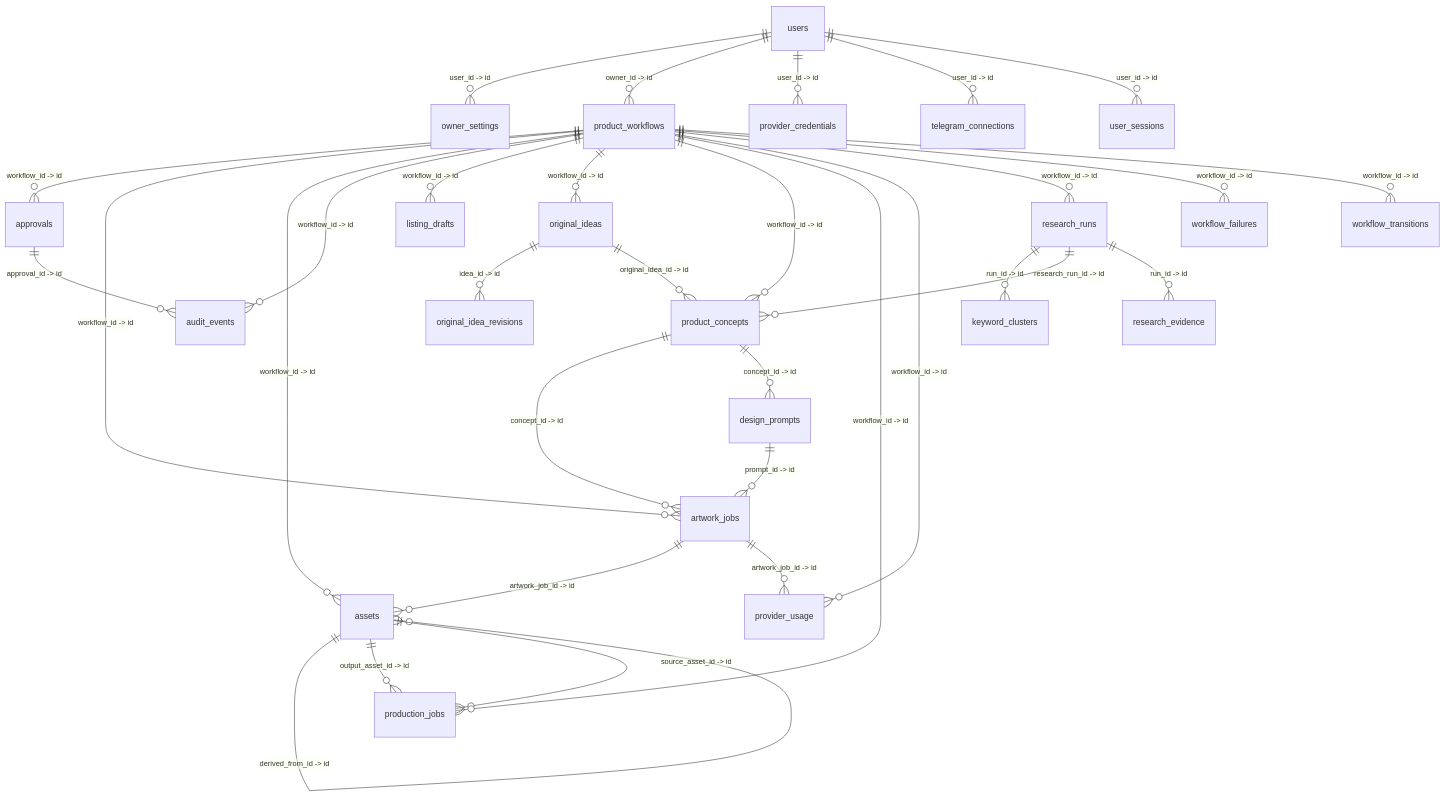
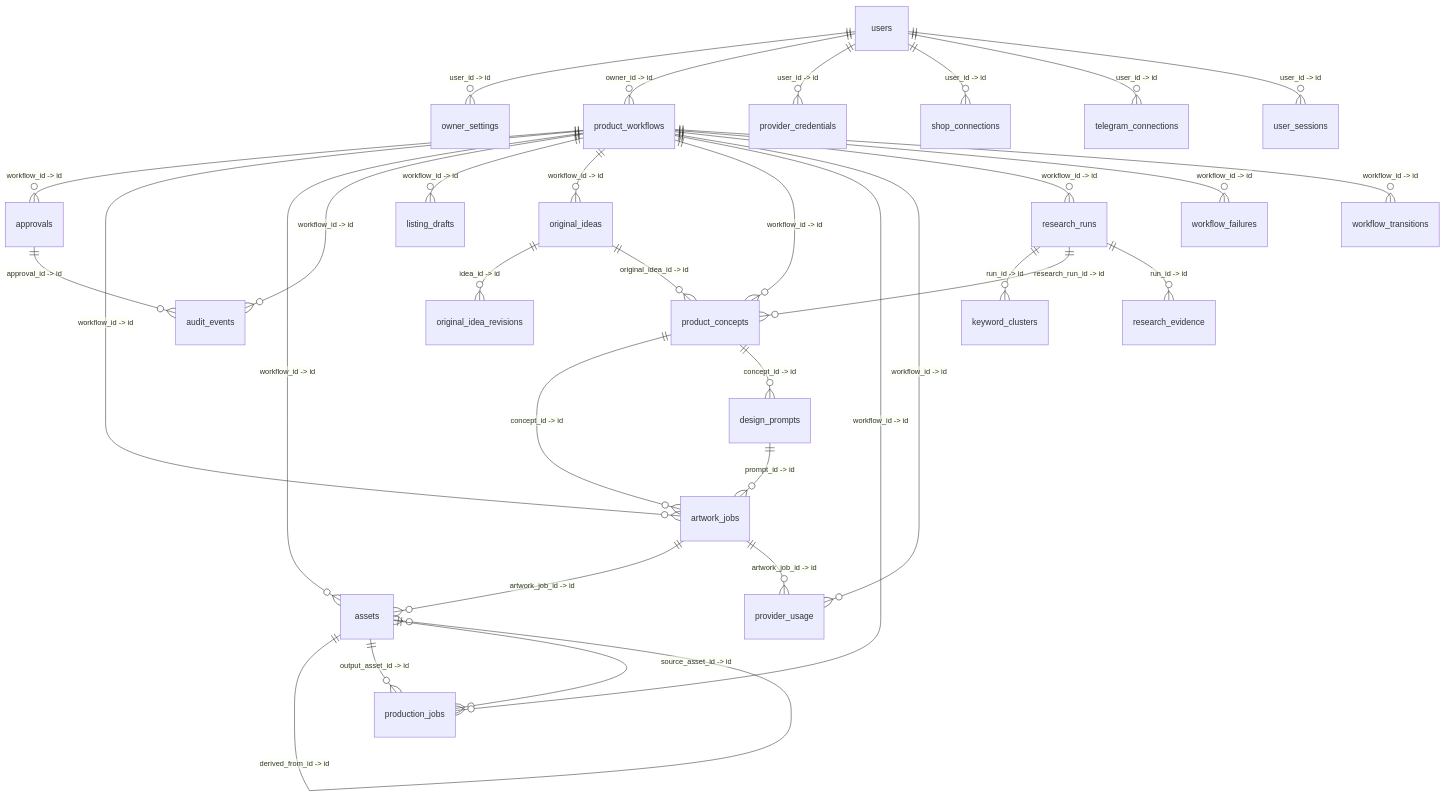
Before and after one commit to oussamac10/etsy-automation: the diagram in docs/DATABASE_SCHEMA.md, drawn with Mermaid. The commit also changed other lines of this file and 6 other files, not shown here.

````diff
--- a/docs/DATABASE_SCHEMA.md
+++ b/docs/DATABASE_SCHEMA.md
@@ -8,34 +8,35 @@
 ```mermaid
 erDiagram
     product_workflows ||--o{ approvals : "workflow_id -> id"
     design_prompts ||--o{ artwork_jobs : "prompt_id -> id"
     product_concepts ||--o{ artwork_jobs : "concept_id -> id"
     product_workflows ||--o{ artwork_jobs : "workflow_id -> id"
     artwork_jobs ||--o{ assets : "artwork_job_id -> id"
     assets ||--o{ assets : "derived_from_id -> id"
     product_workflows ||--o{ assets : "workflow_id -> id"
     approvals ||--o{ audit_events : "approval_id -> id"
     product_workflows ||--o{ audit_events : "workflow_id -> id"
     product_concepts ||--o{ design_prompts : "concept_id -> id"
     research_runs ||--o{ keyword_clusters : "run_id -> id"
     product_workflows ||--o{ listing_drafts : "workflow_id -> id"
     original_ideas ||--o{ original_idea_revisions : "idea_id -> id"
     product_workflows ||--o{ original_ideas : "workflow_id -> id"
     users ||--o{ owner_settings : "user_id -> id"
     original_ideas ||--o{ product_concepts : "original_idea_id -> id"
     product_workflows ||--o{ product_concepts : "workflow_id -> id"
     research_runs ||--o{ product_concepts : "research_run_id -> id"
     users ||--o{ product_workflows : "owner_id -> id"
     assets ||--o{ production_jobs : "output_asset_id -> id"
     assets ||--o{ production_jobs : "source_asset_id -> id"
     product_workflows ||--o{ production_jobs : "workflow_id -> id"
     users ||--o{ provider_credentials : "user_id -> id"
     artwork_jobs ||--o{ provider_usage : "artwork_job_id -> id"
     product_workflows ||--o{ provider_usage : "workflow_id -> id"
     research_runs ||--o{ research_evidence : "run_id -> id"
     product_workflows ||--o{ research_runs : "workflow_id -> id"
+    users ||--o{ shop_connections : "user_id -> id"
     users ||--o{ telegram_connections : "user_id -> id"
     users ||--o{ user_sessions : "user_id -> id"
     product_workflows ||--o{ workflow_failures : "workflow_id -> id"
     product_workflows ||--o{ workflow_transitions : "workflow_id -> id"
 ```
````
